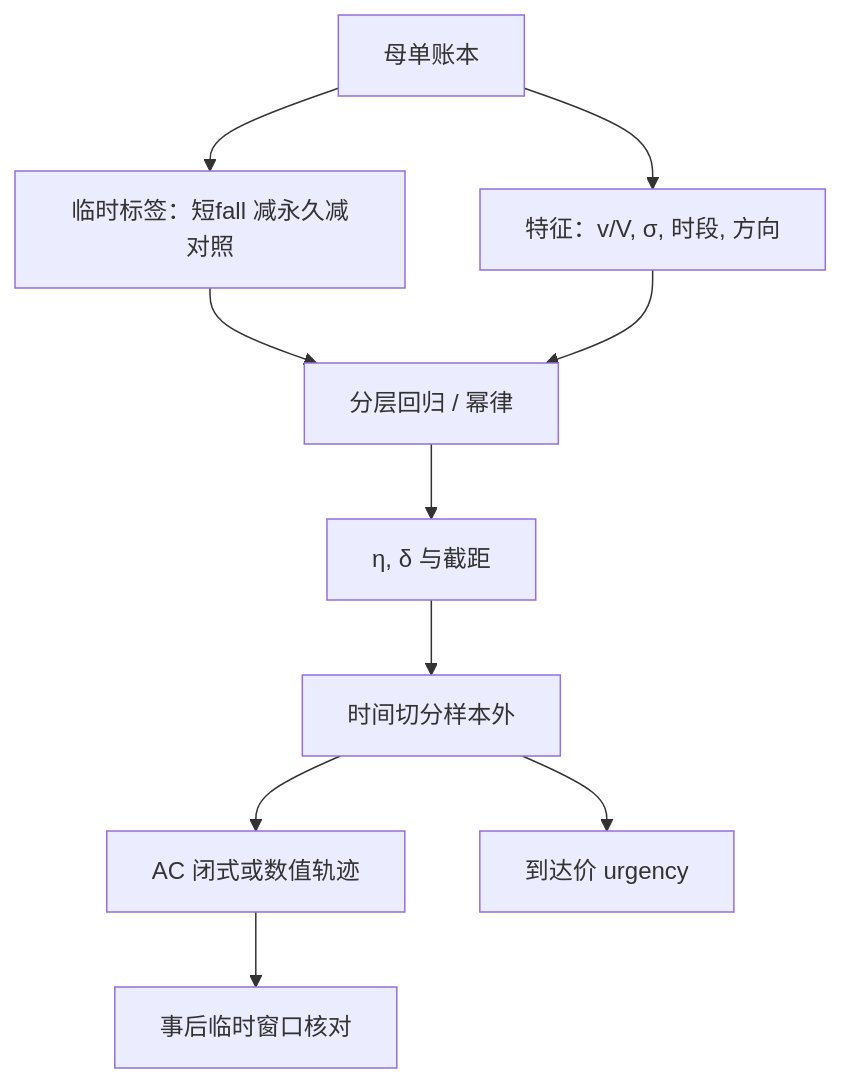
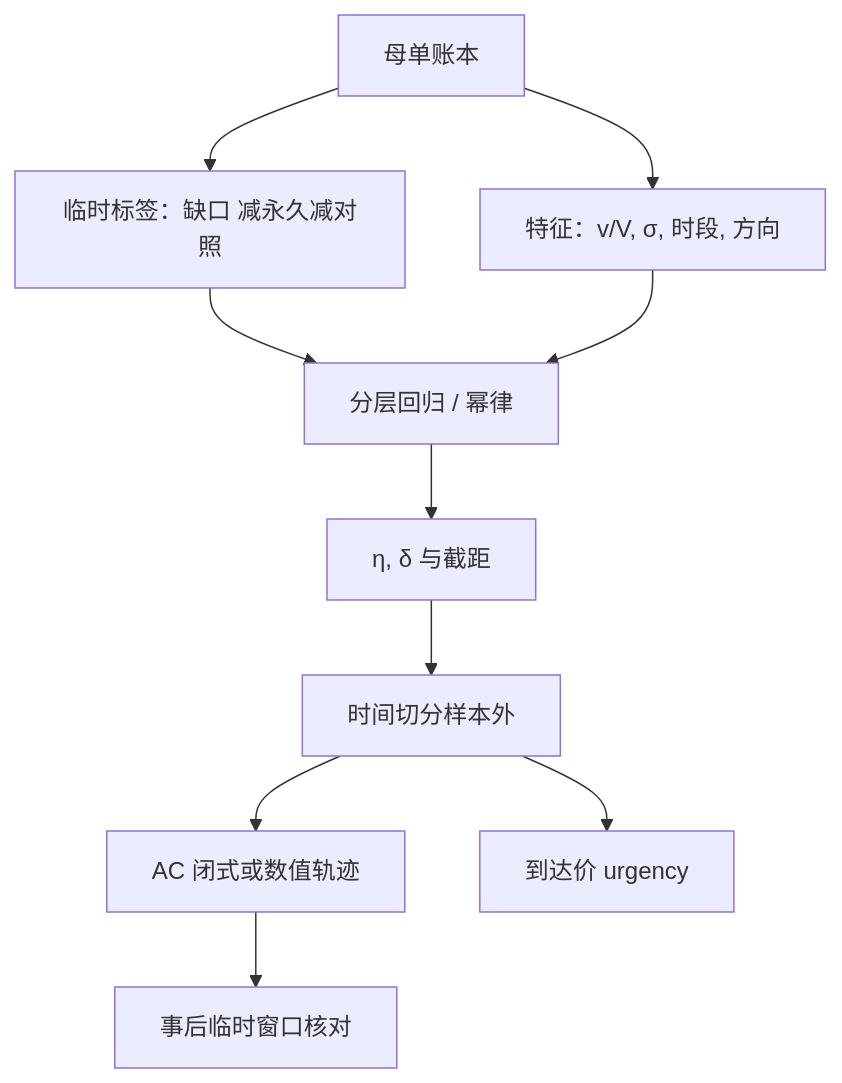
Before and after one commit to xhongduo-tech/xhongduo-tech.github.io: the diagram in docs/quant/almgren-temp-calib.md, drawn with Mermaid. The commit also changed other lines of this file and 2401 other files, not shown here.

````diff
--- a/docs/quant/almgren-temp-calib.md
+++ b/docs/quant/almgren-temp-calib.md
@@ -70,12 +70,12 @@
 ```mermaid
 flowchart TD
-  PO["母单账本"] --> LAB["临时标签：短fall 减永久减对照"]
+  PO["母单账本"] --> LAB["临时标签：缺口 减永久减对照"]
   PO --> X["特征：v/V, σ, 时段, 方向"]
   LAB --> REG["分层回归 / 幂律"]
   X --> REG
   REG --> ETA["η, δ 与截距"]
   ETA --> OOS["时间切分样本外"]
   OOS --> AC["AC 闭式或数值轨迹"]
   OOS --> AP["到达价 urgency"]
   AC --> TCA["事后临时窗口核对"]
 ```
````
